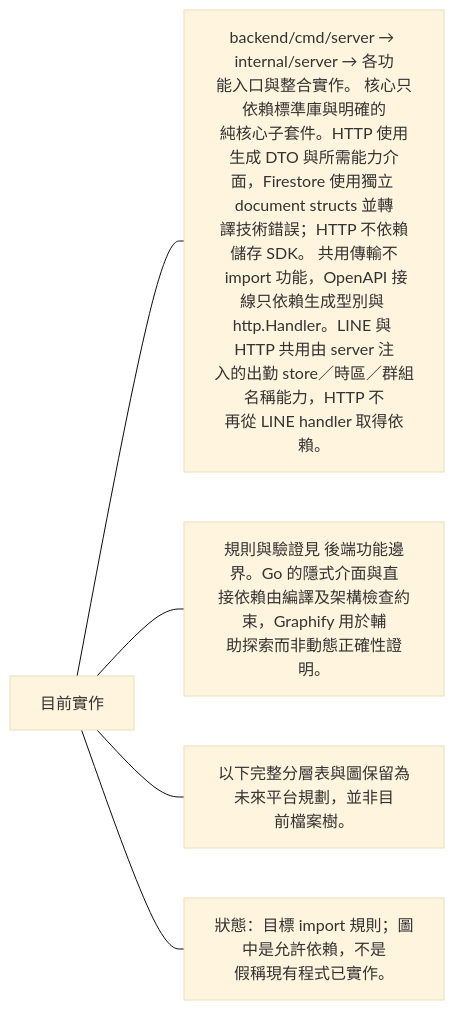
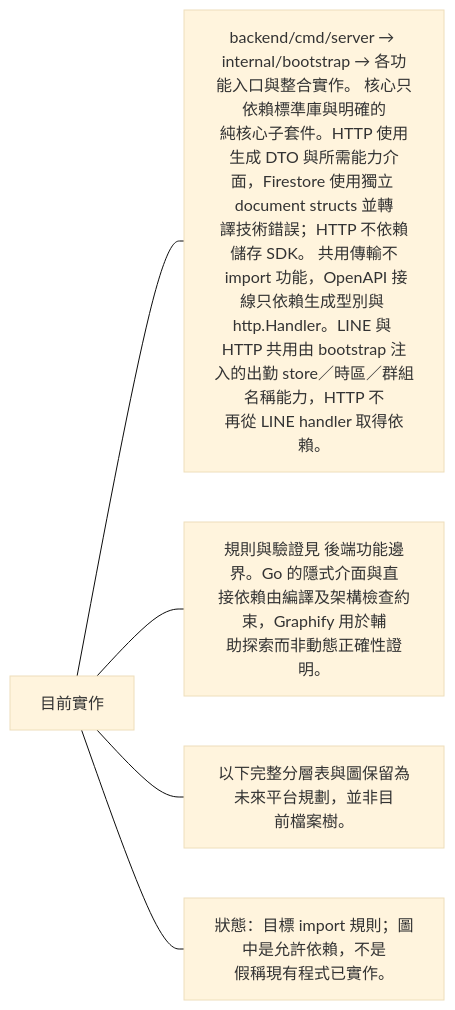
Before and after one commit to 963sup/line-mini-app-bot: the third of 8 diagrams in docs/architecture/runtime/dependencies.md, drawn with Mermaid (base theme). The commit also changed 154 other files, not shown here.

Commit message:
refactor(backend): extract bootstrap, platform and business-owned adapters

````diff
--- a/docs/architecture/runtime/dependencies.md
+++ b/docs/architecture/runtime/dependencies.md
@@ -55,9 +55,9 @@
 ```mermaid
 flowchart LR
   h["目前實作"]
-  h --- n0["backend/cmd/server → internal/server → 各功<br/>能入口與整合實作。 核心只依賴標準庫與明確的<br/>純核心子套件。HTTP 使用生成 DTO 與所需能力介<br/>面，Firestore 使用獨立 document structs 並轉<br/>譯技術錯誤；HTTP 不依賴儲存 SDK。 共用傳輸不<br/> import 功能，OpenAPI 接線只依賴生成型別與 <br/>http.Handler。LINE 與 HTTP 共用由 server 注<br/>入的出勤 store／時區／群組名稱能力，HTTP 不<br/>再從 LINE handler 取得依賴。"]
+  h --- n0["backend/cmd/server → internal/bootstrap → 各功<br/>能入口與整合實作。 核心只依賴標準庫與明確的<br/>純核心子套件。HTTP 使用生成 DTO 與所需能力介<br/>面，Firestore 使用獨立 document structs 並轉<br/>譯技術錯誤；HTTP 不依賴儲存 SDK。 共用傳輸不<br/> import 功能，OpenAPI 接線只依賴生成型別與 <br/>http.Handler。LINE 與 HTTP 共用由 bootstrap 注<br/>入的出勤 store／時區／群組名稱能力，HTTP 不<br/>再從 LINE handler 取得依賴。"]
   h --- n1["規則與驗證見 後端功能邊界。Go 的隱式介面與直<br/>接依賴由編譯及架構檢查約束，Graphify 用於輔<br/>助探索而非動態正確性證明。"]
   click n1 "backend-boundaries.md"
   h --- n2["以下完整分層表與圖保留為未來平台規劃，並非目<br/>前檔案樹。"]
   h --- n3["狀態：目標 import 規則；圖中是允許依賴，不是<br/>假稱現有程式已實作。"]
 ```
````
